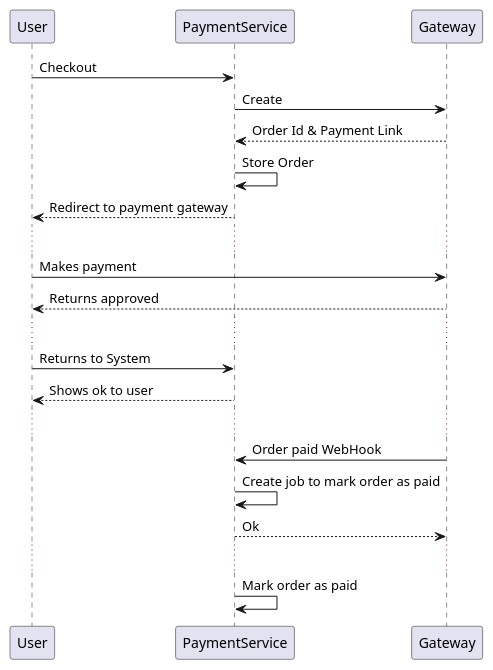
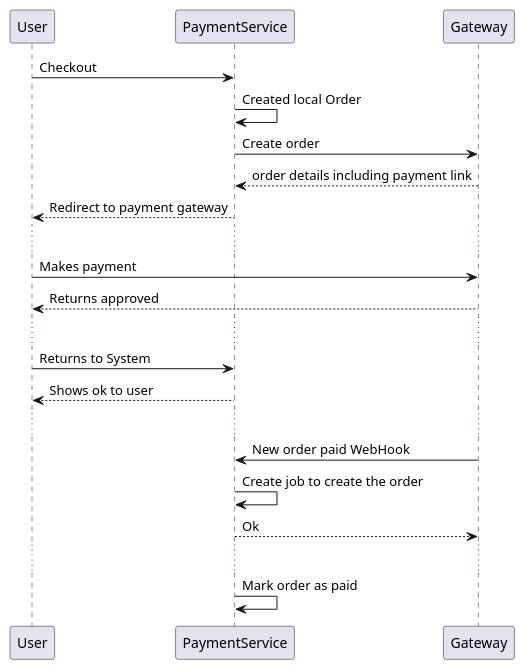
The diagram in purchase.puml (puntodev/payables), drawn with PlantUML before and after one commit. The commit also changed 33 other files, not shown here.

```diff
--- a/purchase.puml
+++ b/purchase.puml
@@ -1,30 +1,30 @@
 @startuml
 'https://plantuml.com/sequence-diagram
 
 User -> PaymentService: Checkout
-PaymentService -> Gateway: Create
-PaymentService <-- Gateway: Order Id & Payment Link
-PaymentService -> PaymentService: Store Order
+PaymentService -> PaymentService: Created local Order
+PaymentService -> Gateway: Create order
+PaymentService <-- Gateway: order details including payment link
 User <-- PaymentService: Redirect to payment gateway
 
 ...
 
 User -> Gateway: Makes payment
 User <-- Gateway: Returns approved
 
 ...
 
 User -> PaymentService: Returns to System
 User <-- PaymentService: Shows ok to user
 
 ...
 
-Gateway -> PaymentService: Order paid WebHook
-PaymentService -> PaymentService: Create job to mark order as paid
+Gateway -> PaymentService: New order paid WebHook
+PaymentService -> PaymentService: Create job to create the order
 Gateway <-- PaymentService: Ok
 
 ...
 
 PaymentService -> PaymentService: Mark order as paid
 
 @enduml
```
